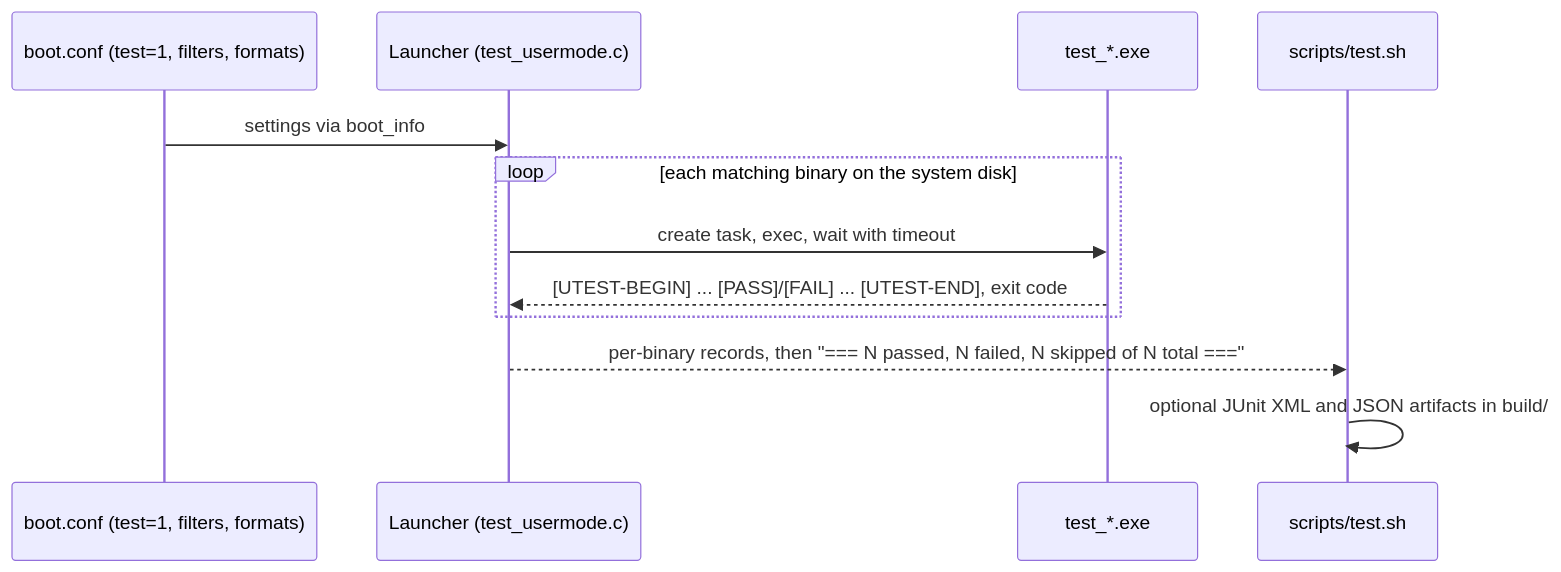
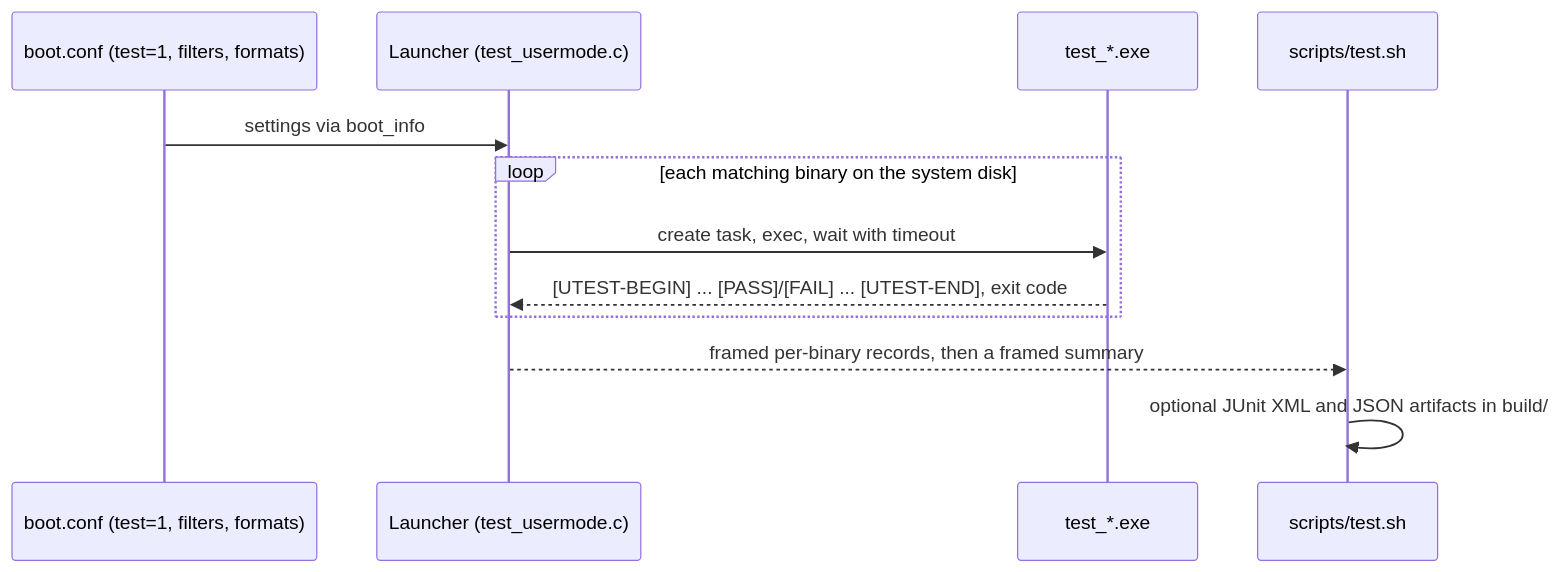
The diagram in docs/infrastructure/usermode-test-framework.md (rizonesoft/impossible-os), drawn with Mermaid before and after one commit. The commit also changed other lines of this file and 5 other files, not shown here.

````diff
--- a/docs/infrastructure/usermode-test-framework.md
+++ b/docs/infrastructure/usermode-test-framework.md
@@ -10,14 +10,14 @@
 ```mermaid
 sequenceDiagram
   participant Boot as boot.conf (test=1, filters, formats)
   participant L as Launcher (test_usermode.c)
   participant B as test_*.exe
   participant Host as scripts/test.sh
   Boot->>L: settings via boot_info
   loop each matching binary on the system disk
     L->>B: create task, exec, wait with timeout
     B-->>L: [UTEST-BEGIN] ... [PASS]/[FAIL] ... [UTEST-END], exit code
   end
-  L-->>Host: per-binary records, then "=== N passed, N failed, N skipped of N total ==="
+  L-->>Host: framed per-binary records, then a framed summary
   Host->>Host: optional JUnit XML and JSON artifacts in build/
 ```
````
